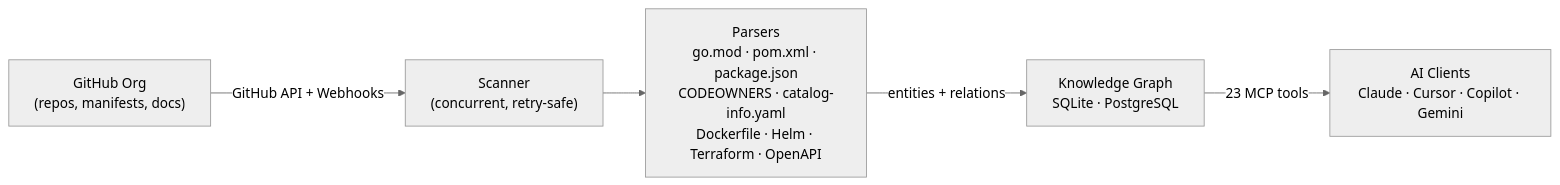
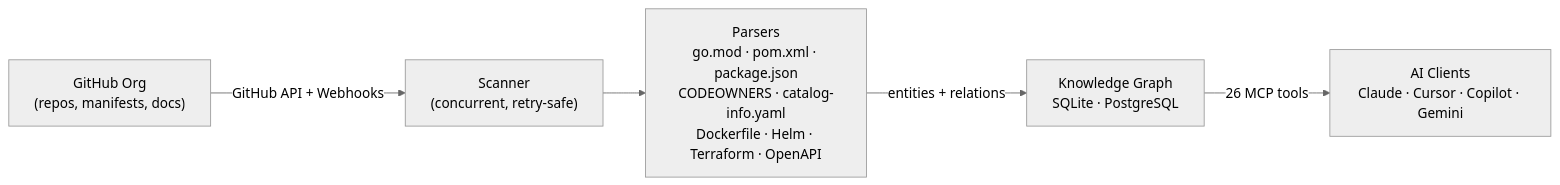
One commit to doc-scout/mcp-server changed the diagram in README.md. Above: the diagram before and after it, drawn with Mermaid (neutral theme). The commit also changed other lines of this file and 2 other files, not shown here.

First line of the commit message:
docs: update tools reference, how-it-works, and README for auditing and MCP discovery

````diff
--- a/README.md
+++ b/README.md
@@ -31,13 +31,13 @@
 ```mermaid
 graph LR
     GH["GitHub Org\n(repos, manifests, docs)"]
     S["Scanner\n(concurrent, retry-safe)"]
     P["Parsers\ngo.mod · pom.xml · package.json\nCODEOWNERS · catalog-info.yaml\nDockerfile · Helm · Terraform · OpenAPI"]
     G["Knowledge Graph\nSQLite · PostgreSQL"]
     AI["AI Clients\nClaude · Cursor · Copilot · Gemini"]
 
     GH -->|"GitHub API + Webhooks"| S
     S --> P
     P -->|"entities + relations"| G
-    G -->|"23 MCP tools"| AI
+    G -->|"26 MCP tools"| AI
 ```
````
